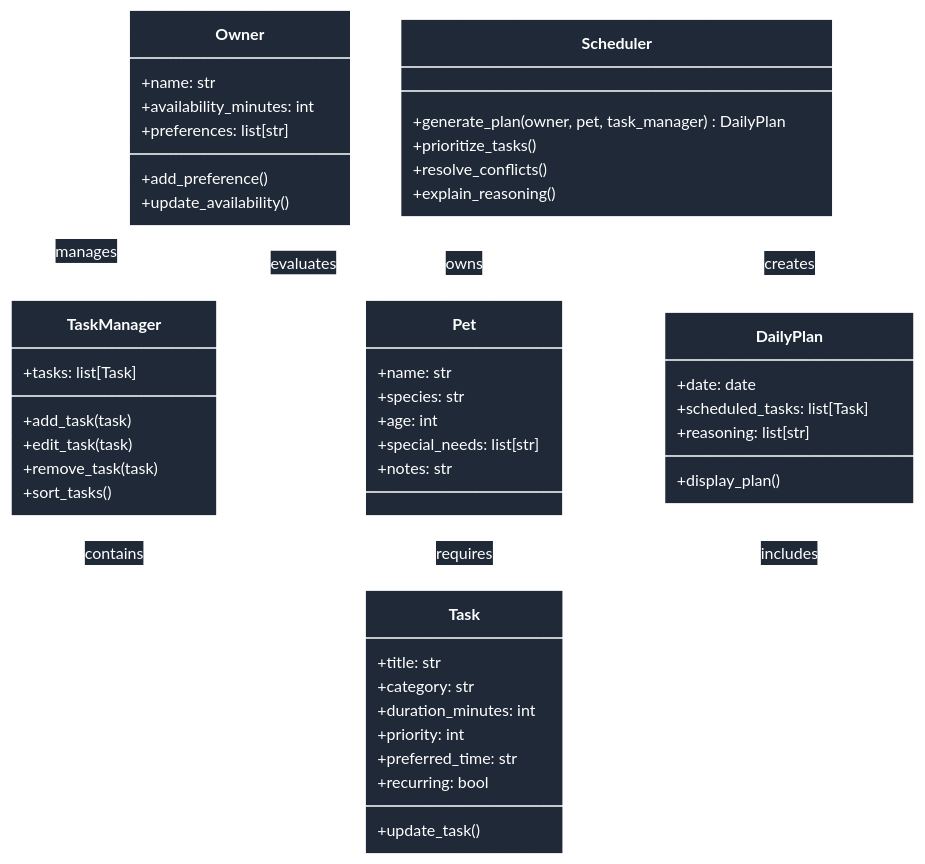
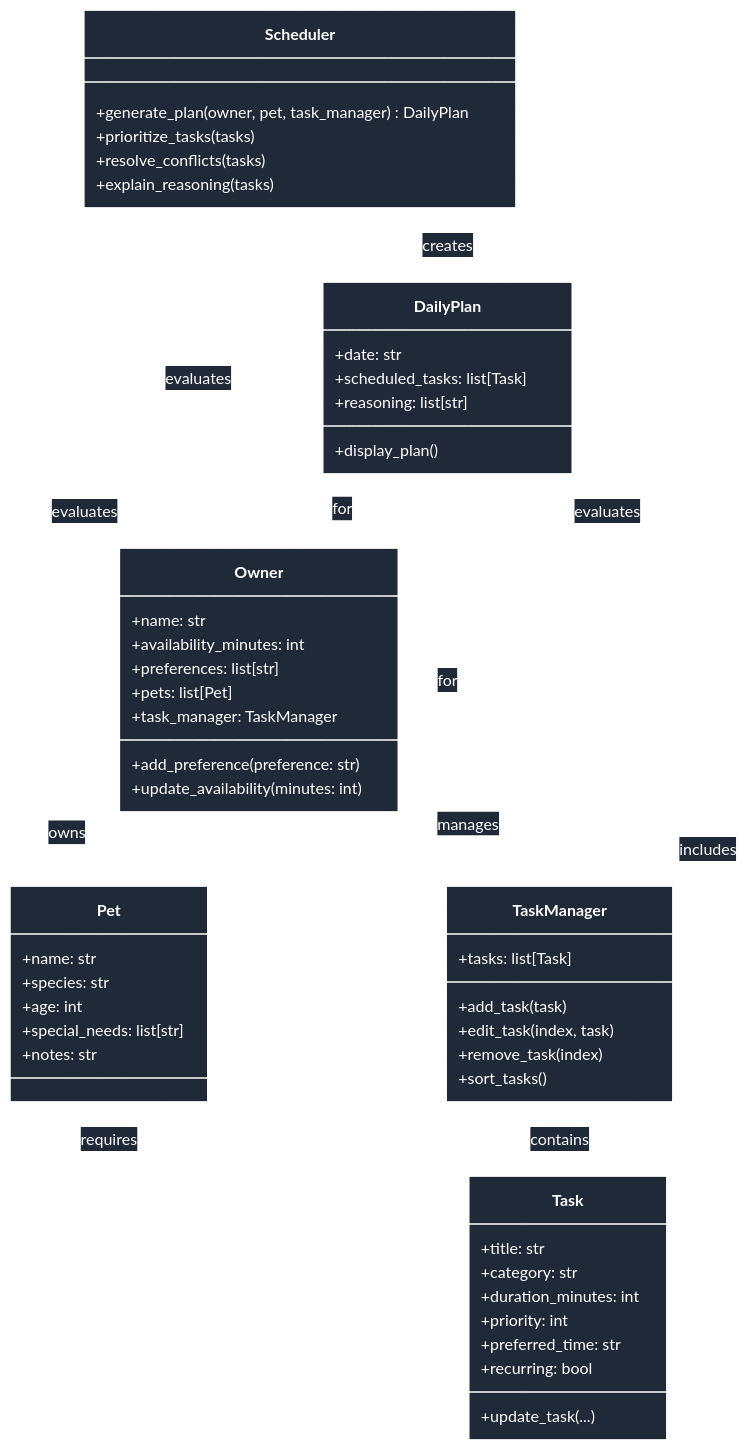
One commit to jagga-afk/PawPal-AI changed the diagram in diagrams/uml.md. Above: the diagram before and after it, drawn with Mermaid. The commit also changed 3 other files, not shown here.

````diff
--- a/diagrams/uml.md
+++ b/diagrams/uml.md
@@ -3,59 +3,65 @@
 ```mermaid
 %%{init: {'theme':'base', 'themeVariables': {'primaryColor':'#1f2937','primaryTextColor':'#ffffff','primaryBorderColor':'#ffffff','lineColor':'#ffffff','secondaryColor':'#374151','tertiaryColor':'#111827','fontSize':'16px','fontFamily':'Arial'}}}%%
 classDiagram
     class Owner {
         +name: str
         +availability_minutes: int
         +preferences: list[str]
-        +add_preference()
-        +update_availability()
+        +pets: list[Pet]
+        +task_manager: TaskManager
+        +add_preference(preference: str)
+        +update_availability(minutes: int)
     }
 
     class Pet {
         +name: str
         +species: str
         +age: int
         +special_needs: list[str]
         +notes: str
     }
 
     class Task {
         +title: str
         +category: str
         +duration_minutes: int
         +priority: int
         +preferred_time: str
         +recurring: bool
-        +update_task()
+        +update_task(...)
     }
 
     class TaskManager {
         +tasks: list[Task]
         +add_task(task)
-        +edit_task(task)
-        +remove_task(task)
+        +edit_task(index, task)
+        +remove_task(index)
         +sort_tasks()
     }
 
     class DailyPlan {
-        +date: date
+        +date: str
         +scheduled_tasks: list[Task]
         +reasoning: list[str]
         +display_plan()
     }
 
     class Scheduler {
         +generate_plan(owner, pet, task_manager) DailyPlan
-        +prioritize_tasks()
-        +resolve_conflicts()
-        +explain_reasoning()
+        +prioritize_tasks(tasks)
+        +resolve_conflicts(tasks)
+        +explain_reasoning(tasks)
     }
 
-    Owner "1" --> "1" Pet : owns
     Owner "1" --> "1" TaskManager : manages
+    Owner "1" --> "1..*" Pet : owns
+    Pet "1" --> "0..*" Task : requires
     TaskManager "1" --> "0..*" Task : contains
-    Pet "1" --> "0..*" Task : requires
+    Scheduler --> Owner : evaluates
+    Scheduler --> Pet : evaluates
+    Scheduler --> TaskManager : evaluates
     Scheduler --> DailyPlan : creates
-    Scheduler --> TaskManager : evaluates
+    DailyPlan --> Owner : for
+    DailyPlan --> Pet : for
     DailyPlan --> Task : includes
 ```
````
